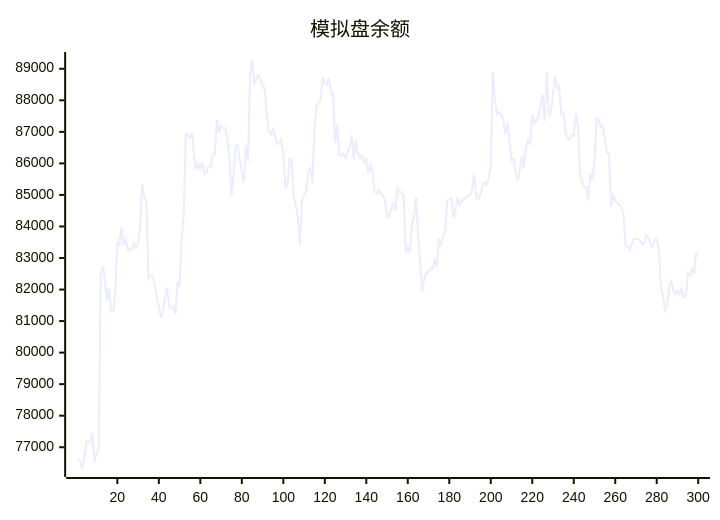
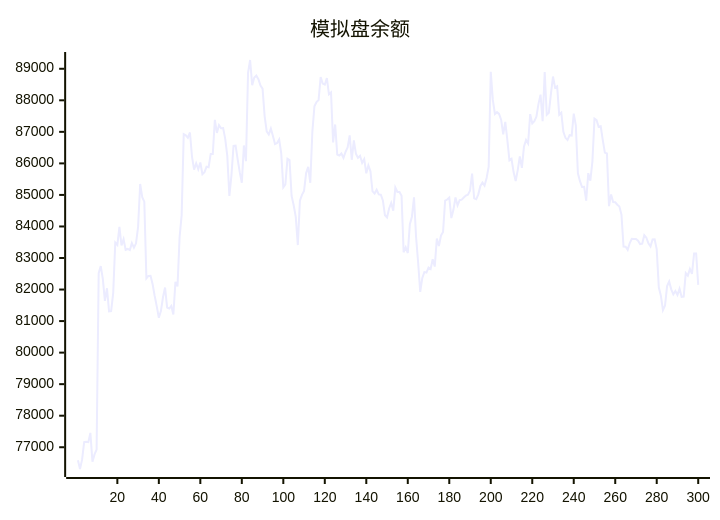
The diagram in README.md (aahl/ai-trading), drawn with Mermaid before and after one commit. The commit also changed other lines of this file and 1 other file, not shown here.

````diff
--- a/README.md
+++ b/README.md
@@ -5,5 +5,5 @@
 ```mermaid
 xychart
     title "模拟盘余额"
-    line [76594,76585,76310,76607,77160,77170,77160,77456,76541,76774,76927,82520,82744,82337,81639,82040,81307,81314,81887,83490,83414,83984,83396,83594,83261,83287,83253,83470,83327,83465,83987,85348,84930,84786,82355,82433,82438,82167,81795,81466,81105,81315,81756,82064,81426,81398,81481,81210,82242,82099,83658,84359,86925,86892,86814,86980,86203,85802,86003,85811,86028,85657,85721,85896,85880,86300,86299,87378,86965,87214,87115,87118,86780,86238,84966,85623,86555,86562,86129,85722,85387,86569,86070,88870,89278,88477,88720,88781,88668,88467,88372,87493,87018,86917,87102,86870,86613,86644,86758,86317,85242,85334,86149,86106,84968,84671,84302,83410,84816,85001,85127,85693,85891,85384,87001,87811,87945,88007,88734,88528,88495,88705,88189,88248,86662,87234,86279,86251,86314,86177,86364,86503,86886,86114,86731,86310,86176,86240,86017,86136,85685,85938,85749,85111,85044,85164,85016,85008,84824,84354,84287,84572,84745,84500,85234,85096,85095,84970,83180,83338,83157,84070,84309,84922,83667,82850,81924,82369,82552,82539,82695,82648,82962,82728,83619,83378,83710,83825,84819,84854,84917,84265,84527,84919,84668,84834,84850,84916,84981,85004,85131,85674,84891,84864,85019,85284,85393,85294,85538,85894,88904,88012,87567,87625,87568,87386,86920,87313,86737,86094,86143,85725,85437,85787,86219,85859,86526,86740,86630,87563,87264,87335,87483,87886,88180,87335,88894,87544,87608,88207,88755,88401,88444,87543,87608,87000,86810,86740,86894,86884,87576,87209,85686,85435,85251,85255,84820,85689,85453,86066,87420,87373,87161,87178,86740,86341,86315,84643,85012,84772,84768,84690,84635,84376,83360,83357,83259,83474,83608,83606,83602,83548,83440,83454,83724,83644,83464,83365,83590,83592,83275,82072,81806,81344,81492,82109,82254,82006,81848,81955,81829,82022,81769,81776,82522,82441,82656,82498,83144,83144]
+    line [76585,76310,76607,77160,77170,77160,77456,76541,76774,76927,82520,82744,82337,81639,82040,81307,81314,81887,83490,83414,83984,83396,83594,83261,83287,83253,83470,83327,83465,83987,85348,84930,84786,82355,82433,82438,82167,81795,81466,81105,81315,81756,82064,81426,81398,81481,81210,82242,82099,83658,84359,86925,86892,86814,86980,86203,85802,86003,85811,86028,85657,85721,85896,85880,86300,86299,87378,86965,87214,87115,87118,86780,86238,84966,85623,86555,86562,86129,85722,85387,86569,86070,88870,89278,88477,88720,88781,88668,88467,88372,87493,87018,86917,87102,86870,86613,86644,86758,86317,85242,85334,86149,86106,84968,84671,84302,83410,84816,85001,85127,85693,85891,85384,87001,87811,87945,88007,88734,88528,88495,88705,88189,88248,86662,87234,86279,86251,86314,86177,86364,86503,86886,86114,86731,86310,86176,86240,86017,86136,85685,85938,85749,85111,85044,85164,85016,85008,84824,84354,84287,84572,84745,84500,85234,85096,85095,84970,83180,83338,83157,84070,84309,84922,83667,82850,81924,82369,82552,82539,82695,82648,82962,82728,83619,83378,83710,83825,84819,84854,84917,84265,84527,84919,84668,84834,84850,84916,84981,85004,85131,85674,84891,84864,85019,85284,85393,85294,85538,85894,88904,88012,87567,87625,87568,87386,86920,87313,86737,86094,86143,85725,85437,85787,86219,85859,86526,86740,86630,87563,87264,87335,87483,87886,88180,87335,88894,87544,87608,88207,88755,88401,88444,87543,87608,87000,86810,86740,86894,86884,87576,87209,85686,85435,85251,85255,84820,85689,85453,86066,87420,87373,87161,87178,86740,86341,86315,84643,85012,84772,84768,84690,84635,84376,83360,83357,83259,83474,83608,83606,83602,83548,83440,83454,83724,83644,83464,83365,83590,83592,83275,82072,81806,81344,81492,82109,82254,82006,81848,81955,81829,82022,81769,81776,82522,82441,82656,82498,83144,83144,82150]
 ```
````
